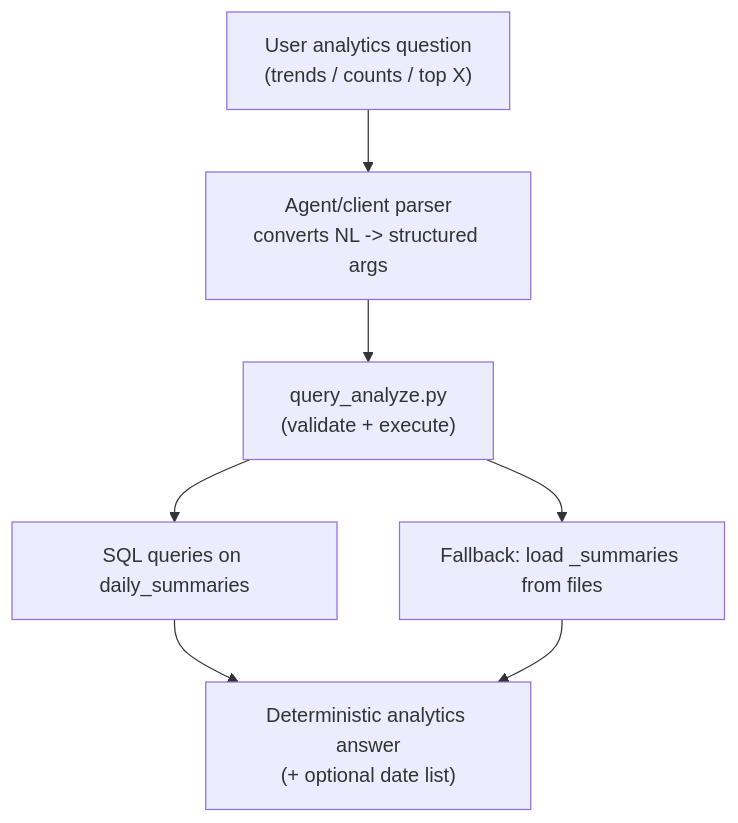
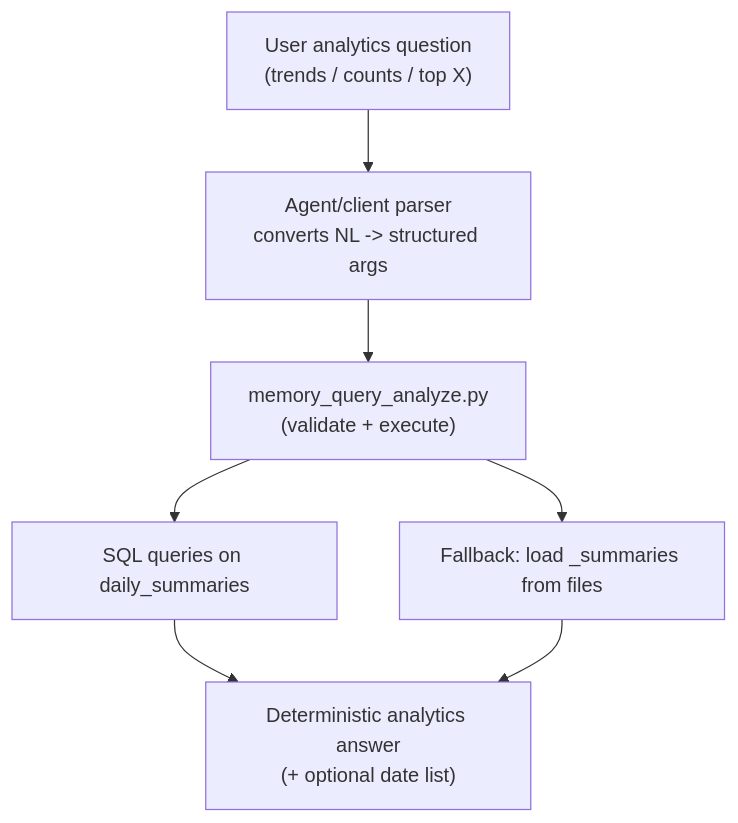
Before and after one commit to nouverse-tech/nouva-mcp-server: the fifth of 5 diagrams in src/skills/memory_engine/ARCHITECTURE.md, drawn with Mermaid. The commit also changed other lines of this file and 29 other files, not shown here.

````diff
--- a/src/skills/memory_engine/ARCHITECTURE.md
+++ b/src/skills/memory_engine/ARCHITECTURE.md
@@ -258,9 +258,9 @@
 ```mermaid
 flowchart TD
   U["User analytics question\n(trends / counts / top X)"] --> AGENT["Agent/client parser\nconverts NL -> structured args"]
-  AGENT --> QA["query_analyze.py\n(validate + execute)"]
+  AGENT --> QA["memory_query_analyze.py\n(validate + execute)"]
   QA --> SQL["SQL queries on daily_summaries"]
   SQL --> OUT["Deterministic analytics answer\n(+ optional date list)"]
   QA --> FB["Fallback: load _summaries from files"]
   FB --> OUT
 ```
````
